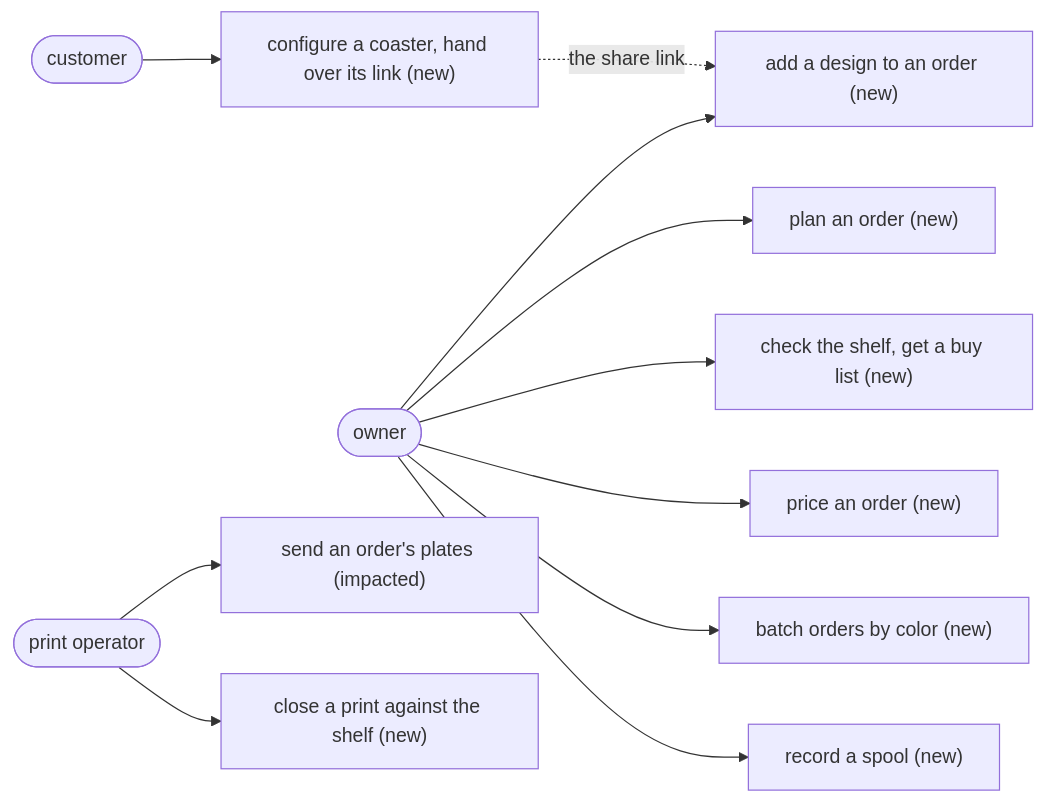
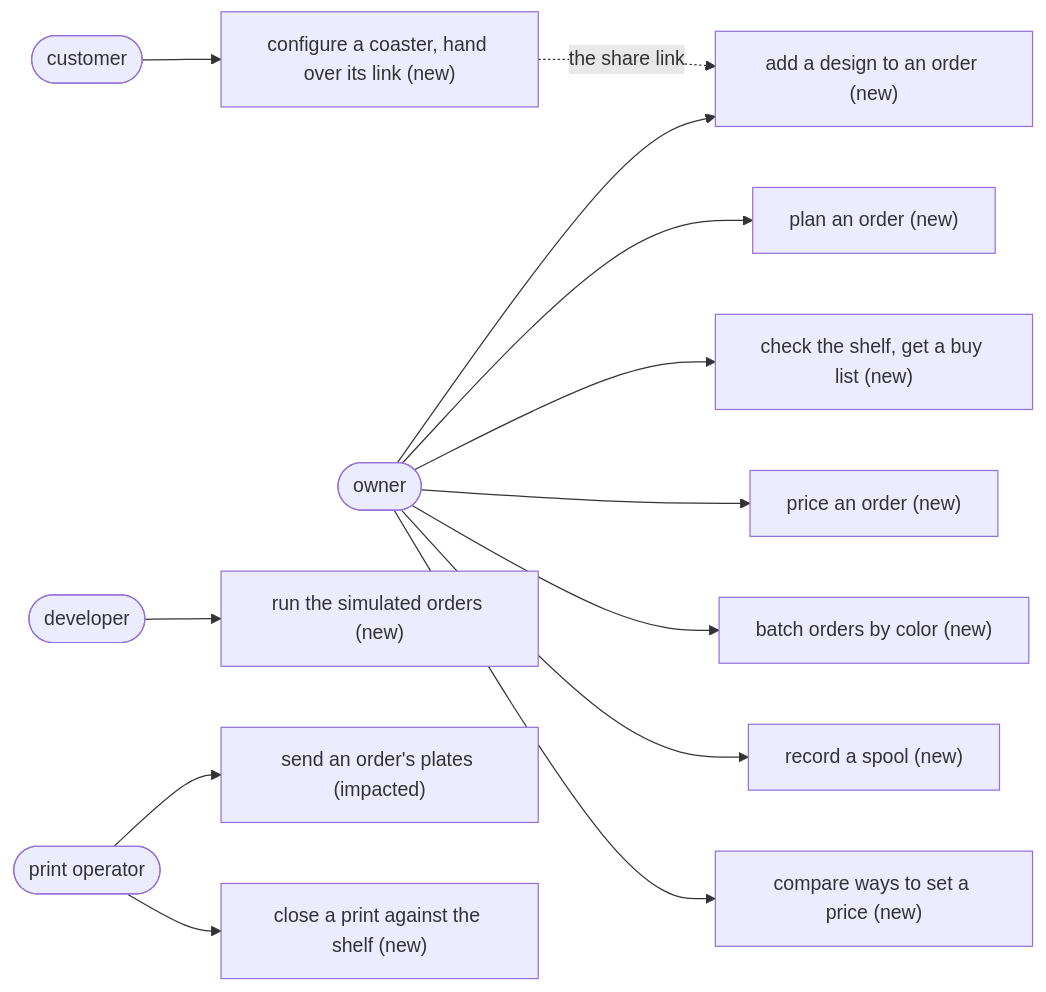
One commit to omars-lab/3d-models changed the third of 7 diagrams in docs/design/coaster/order-driven-lab-design.md. Above: the diagram before and after it, drawn with Mermaid. The commit also changed other lines of this file and 2 other files, not shown here.

First line of the commit message:
design: orders — simulated-order regression suite and side-by-side pricing ideas (#550)

````diff
--- a/docs/design/coaster/order-driven-lab-design.md
+++ b/docs/design/coaster/order-driven-lab-design.md
@@ -187,13 +192,15 @@
 ```mermaid
 flowchart LR
   c(["customer"]) --> uc1["configure a coaster, hand over its link (new)"]
   o(["owner"]) --> uc1b["add a design to an order (new)"]
   uc1 -.->|"the share link"| uc1b
   o --> uc2["plan an order (new)"]
   o --> uc3["check the shelf, get a buy list (new)"]
   o --> uc4["price an order (new)"]
   o --> uc5["batch orders by color (new)"]
   o --> uc8["record a spool (new)"]
+  o --> uc9["compare ways to set a price (new)"]
+  d(["developer"]) --> uc10["run the simulated orders (new)"]
   op(["print operator"]) --> uc6["send an order's plates (impacted)"]
   op --> uc7["close a print against the shelf (new)"]
 ```
````
